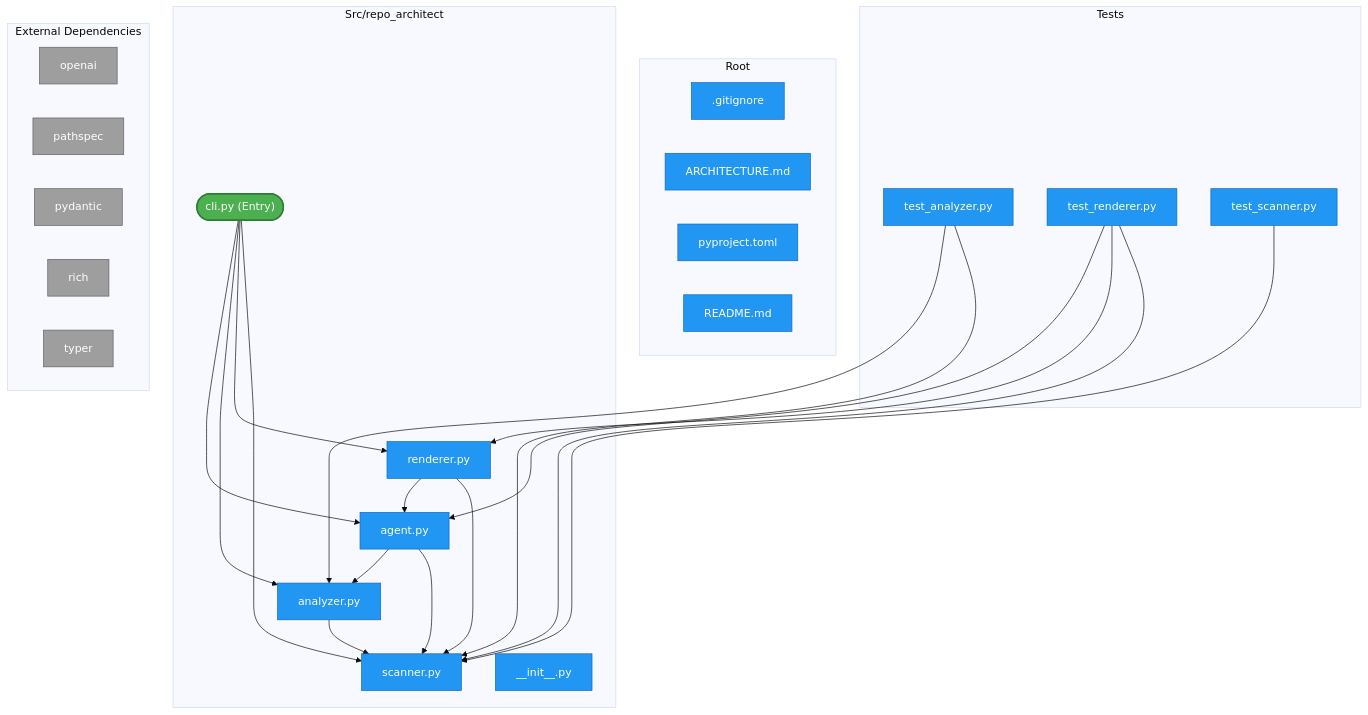
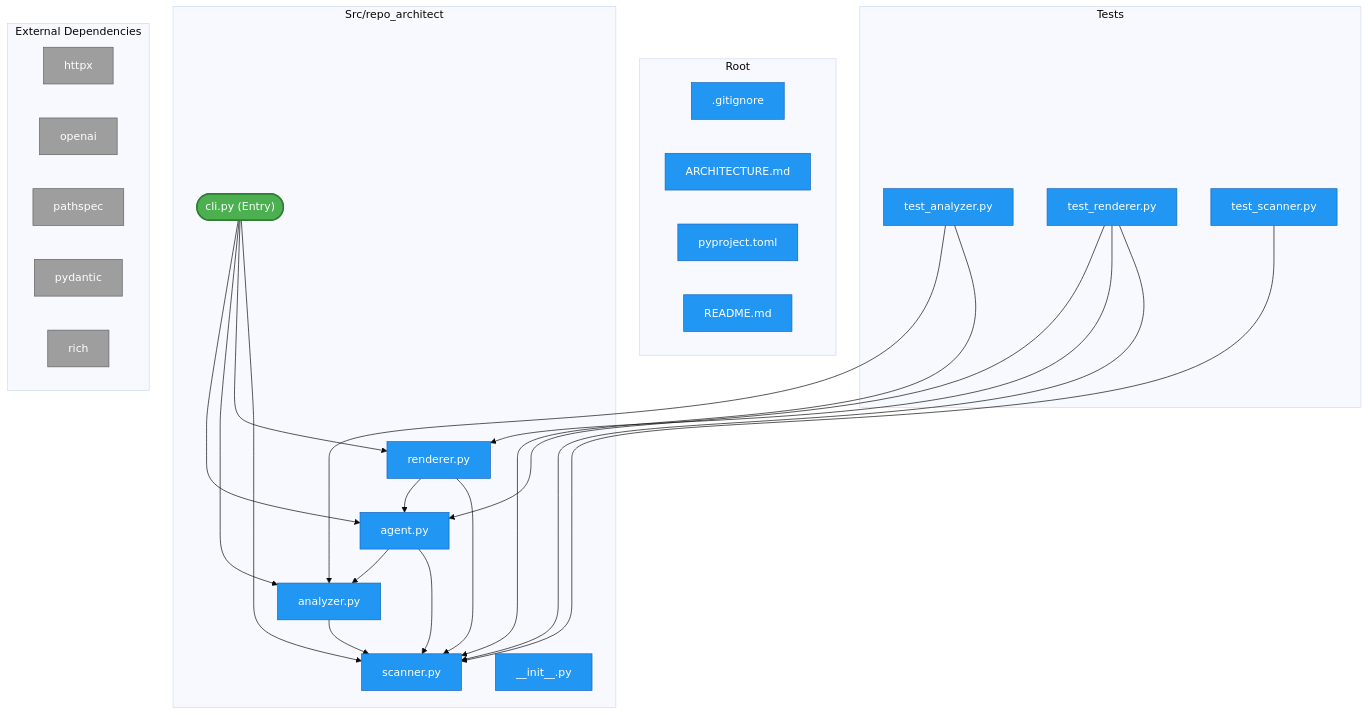
One commit to batu0labs/RepoArch changed the diagram in ARCHITECTURE.md. Above: the diagram before and after it, drawn with Mermaid (base theme). The commit also changed other lines of this file and 4 other files, not shown here.

````diff
--- a/ARCHITECTURE.md
+++ b/ARCHITECTURE.md
@@ -20,48 +20,48 @@
 ```mermaid
 flowchart TD
     %% Auto-generated deterministic architecture flowchart
     classDef entryPoint fill:#4CAF50,stroke:#2E7D32,color:#ffffff,stroke-width:2px;
     classDef internal fill:#2196F3,stroke:#1565C0,color:#ffffff,stroke-width:1px;
     classDef external fill:#9E9E9E,stroke:#616161,color:#ffffff,stroke-width:1px;
     subgraph sub_root ["Root"]
         gitignore[".gitignore"]:::internal
         ARCHITECTURE_md["ARCHITECTURE.md"]:::internal
         pyproject_toml["pyproject.toml"]:::internal
         README_md["README.md"]:::internal
     end
     subgraph sub_src_repo_architect ["Src/repo_architect"]
         src_repo_architect_agent_py["agent.py"]:::internal
         src_repo_architect_analyzer_py["analyzer.py"]:::internal
         src_repo_architect_cli_py(["cli.py (Entry)"]):::entryPoint
         src_repo_architect_renderer_py["renderer.py"]:::internal
         src_repo_architect_scanner_py["scanner.py"]:::internal
         src_repo_architect___init___py["__init__.py"]:::internal
     end
     subgraph sub_tests ["Tests"]
         tests_test_analyzer_py["test_analyzer.py"]:::internal
         tests_test_renderer_py["test_renderer.py"]:::internal
         tests_test_scanner_py["test_scanner.py"]:::internal
     end
     src_repo_architect_agent_py --> src_repo_architect_analyzer_py
     src_repo_architect_agent_py --> src_repo_architect_scanner_py
     src_repo_architect_analyzer_py --> src_repo_architect_scanner_py
     src_repo_architect_cli_py --> src_repo_architect_agent_py
     src_repo_architect_cli_py --> src_repo_architect_analyzer_py
     src_repo_architect_cli_py --> src_repo_architect_renderer_py
     src_repo_architect_cli_py --> src_repo_architect_scanner_py
     src_repo_architect_renderer_py --> src_repo_architect_agent_py
     src_repo_architect_renderer_py --> src_repo_architect_scanner_py
     tests_test_analyzer_py --> src_repo_architect_analyzer_py
     tests_test_analyzer_py --> src_repo_architect_scanner_py
     tests_test_renderer_py --> src_repo_architect_agent_py
     tests_test_renderer_py --> src_repo_architect_renderer_py
     tests_test_renderer_py --> src_repo_architect_scanner_py
     tests_test_scanner_py --> src_repo_architect_scanner_py
     subgraph ext_deps ["External Dependencies"]
+        ext_httpx["httpx"]:::external
         ext_openai["openai"]:::external
         ext_pathspec["pathspec"]:::external
         ext_pydantic["pydantic"]:::external
         ext_rich["rich"]:::external
-        ext_typer["typer"]:::external
     end
 ```
````
